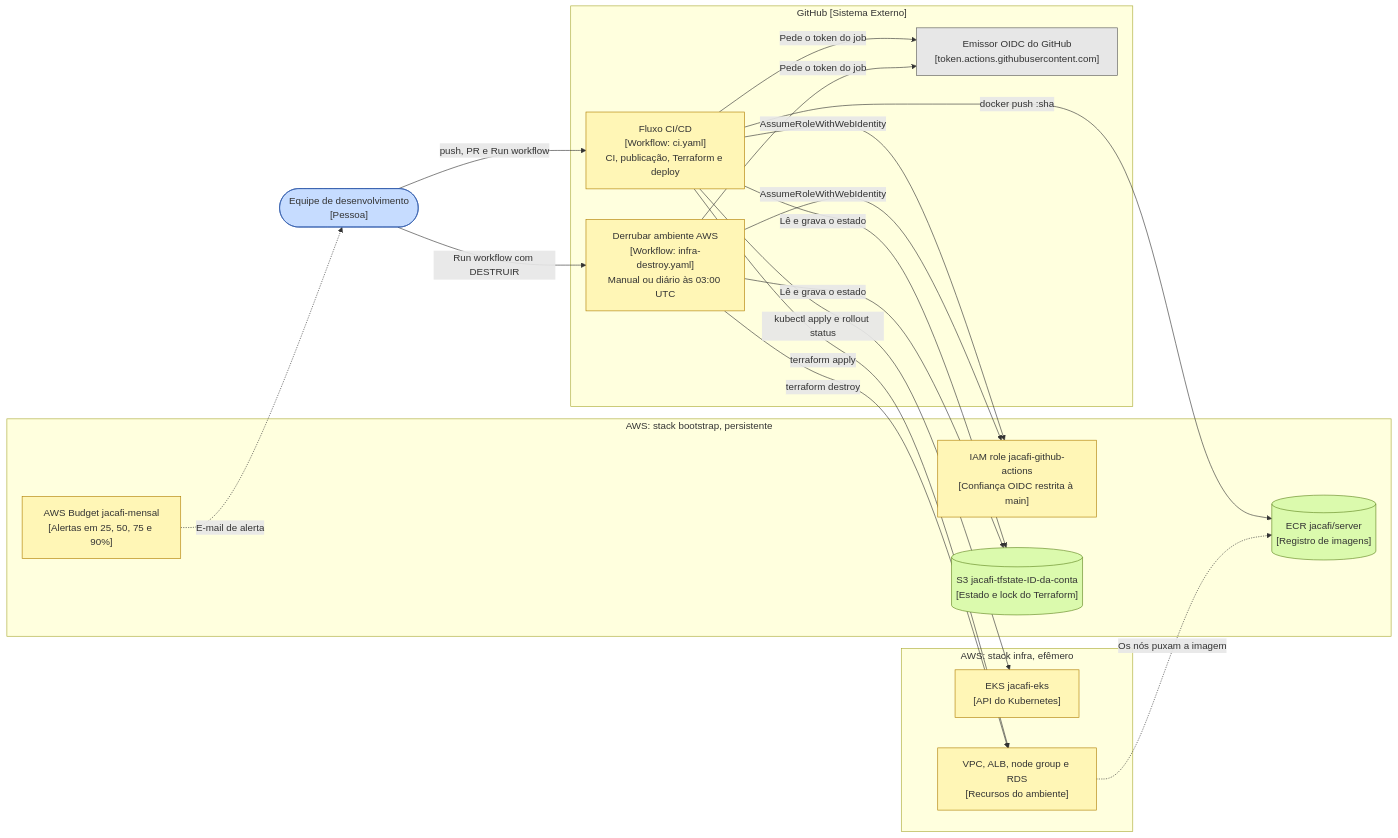
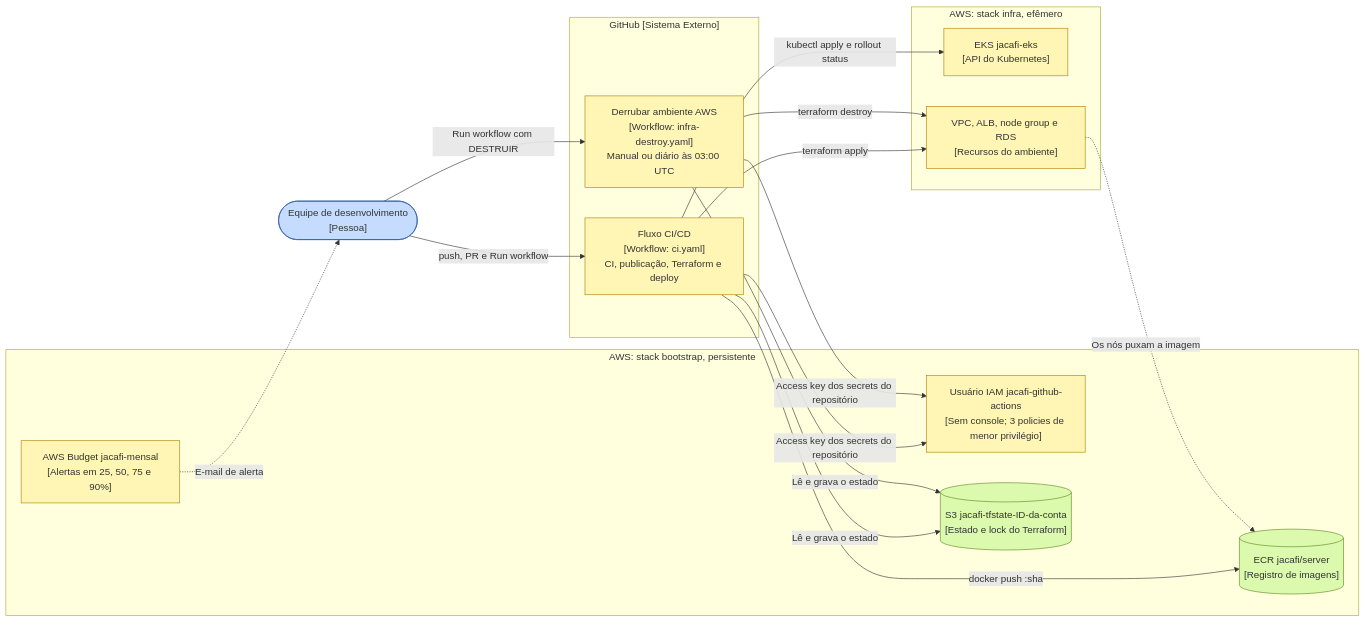
One commit to gabsevamac/JACAFI-FIAP_Tech-Challenge_01 changed the third of 16 diagrams in docs/arquitetura.md. Above: the diagram before and after it, drawn with Mermaid. The commit also changed other lines of this file and 4 other files, not shown here.

First line of the commit message:
docs: align docs with access-key auth and fix manual commands

````diff
--- a/docs/arquitetura.md
+++ b/docs/arquitetura.md
@@ -185,42 +185,39 @@
 ```mermaid
 flowchart LR
     classDef person fill:#c6dcff,stroke:#305bab
     classDef container fill:#fff6b6,stroke:#af7e02
     classDef db fill:#dbfaad,stroke:#608520
     classDef ext fill:#e7e7e7,stroke:#595959
 
     equipe(["Equipe de desenvolvimento<br/>[Pessoa]"]):::person
 
     subgraph gh["GitHub [Sistema Externo]"]
         ci["Fluxo CI/CD<br/>[Workflow: ci.yaml]<br/>CI, publicação, Terraform e deploy"]:::container
         destroy["Derrubar ambiente AWS<br/>[Workflow: infra-destroy.yaml]<br/>Manual ou diário às 03:00 UTC"]:::container
-        issuer["Emissor OIDC do GitHub<br/>[token.actions.githubusercontent.com]"]:::ext
     end
 
     subgraph boot["AWS: stack bootstrap, persistente"]
-        role["IAM role jacafi-github-actions<br/>[Confiança OIDC restrita à main]"]:::container
+        iam["Usuário IAM jacafi-github-actions<br/>[Sem console; 3 policies de menor privilégio]"]:::container
         ecr[("ECR jacafi/server<br/>[Registro de imagens]")]:::db
         s3[("S3 jacafi-tfstate-ID-da-conta<br/>[Estado e lock do Terraform]")]:::db
         budget["AWS Budget jacafi-mensal<br/>[Alertas em 25, 50, 75 e 90%]"]:::container
     end
 
     subgraph env["AWS: stack infra, efêmero"]
         eks["EKS jacafi-eks<br/>[API do Kubernetes]"]:::container
         recursos["VPC, ALB, node group e RDS<br/>[Recursos do ambiente]"]:::container
     end
 
     equipe -->|"push, PR e Run workflow"| ci
     equipe -->|"Run workflow com DESTRUIR"| destroy
-    ci -->|"Pede o token do job"| issuer
-    destroy -->|"Pede o token do job"| issuer
-    ci -->|"AssumeRoleWithWebIdentity"| role
-    destroy -->|"AssumeRoleWithWebIdentity"| role
+    ci -->|"Access key dos secrets do repositório"| iam
+    destroy -->|"Access key dos secrets do repositório"| iam
     ci -->|"docker push :sha"| ecr
     ci -->|"Lê e grava o estado"| s3
     ci -->|"terraform apply"| recursos
     ci -->|"kubectl apply e rollout status"| eks
     destroy -->|"Lê e grava o estado"| s3
     destroy -->|"terraform destroy"| recursos
     recursos -.->|"Os nós puxam a imagem"| ecr
     budget -.->|"E-mail de alerta"| equipe
 ```
````
